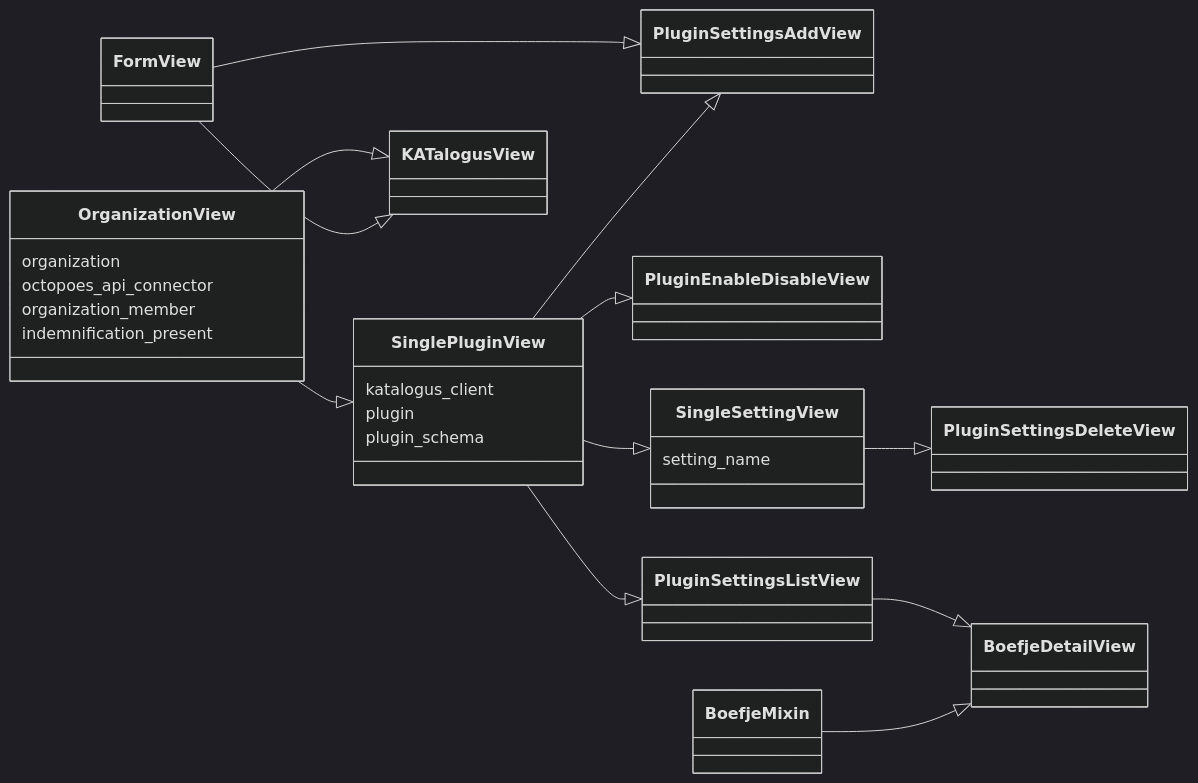
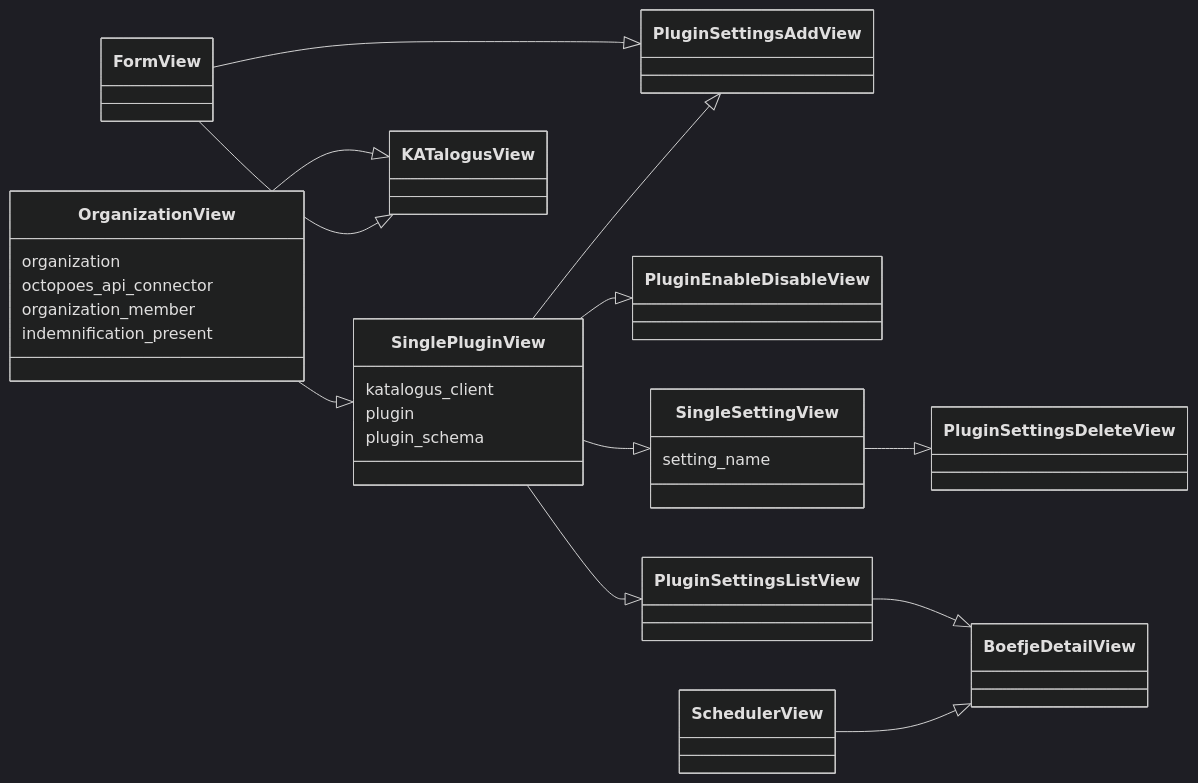
One commit to minvws/nl-kat-coordination changed the fourth of 4 diagrams in docs/source/developer_documentation/rocky.md. Above: the diagram before and after it, drawn with Mermaid (dark theme). The commit also changed other lines of this file and 8 other files, not shown here.

Commit message:
Fixes for scheduler view

````diff
--- a/docs/source/developer_documentation/rocky.md
+++ b/docs/source/developer_documentation/rocky.md
@@ -272,38 +272,38 @@
 ```{mermaid}
 classDiagram
 direction RL
     class FormView
     class OrganizationView
     class SinglePluginView
     class KATalogusView
     class PluginSettingsAddView
     class PluginEnableDisableView
     class SingleSettingView
     class PluginSettingsListView
 
     OrganizationView : organization
     OrganizationView : octopoes_api_connector
     OrganizationView : organization_member
     OrganizationView : indemnification_present
 
     SinglePluginView : katalogus_client
     SinglePluginView : plugin
     SinglePluginView : plugin_schema
 
     SingleSettingView : setting_name
 
     class PluginSettingsDeleteView
     class BoefjeDetailView
 
     KATalogusView  <|--  OrganizationView
     KATalogusView  <|--  FormView
     SinglePluginView  <|--  OrganizationView
     SingleSettingView  <|--  SinglePluginView
     BoefjeDetailView  <|--  PluginSettingsListView
-    BoefjeDetailView  <|--  BoefjeMixin
+    BoefjeDetailView  <|--  SchedulerView
     PluginEnableDisableView  <|--  SinglePluginView
     PluginSettingsAddView  <|--  FormView
     PluginSettingsAddView  <|--  SinglePluginView
     PluginSettingsDeleteView  <|--  SingleSettingView
     PluginSettingsListView  <|--  SinglePluginView
 ```
````
